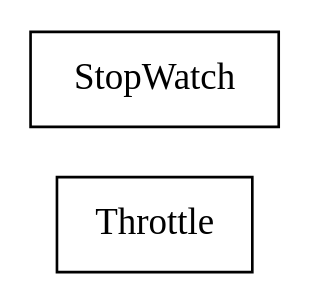
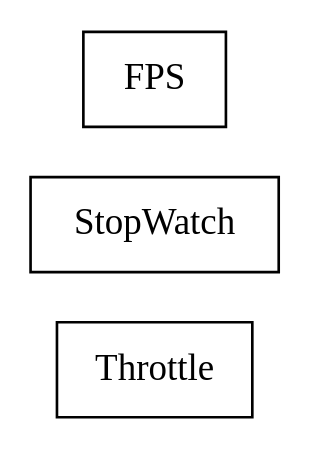
The diagram in docs/com/sekati/time/classes.dot (sekati/sasapi), drawn with Graphviz before and after one commit. The commit also changed 113 other files, not shown here.

```diff
--- a/docs/com/sekati/time/classes.dot
+++ b/docs/com/sekati/time/classes.dot
@@ -1,15 +1,21 @@
 strict digraph class_diagram {
   rankdir=LR;
   TypeThrottle[
     label="Throttle",
     URL="Throttle.html",
     tooltip="com.sekati.time.Throttle",
     shape="record"
   ];
   TypeStopWatch[
     label="StopWatch",
     URL="StopWatch.html",
     tooltip="com.sekati.time.StopWatch",
     shape="record"
   ];
+  TypeFPS[
+    label="FPS",
+    URL="FPS.html",
+    tooltip="com.sekati.time.FPS",
+    shape="record"
+  ];
 }
```
